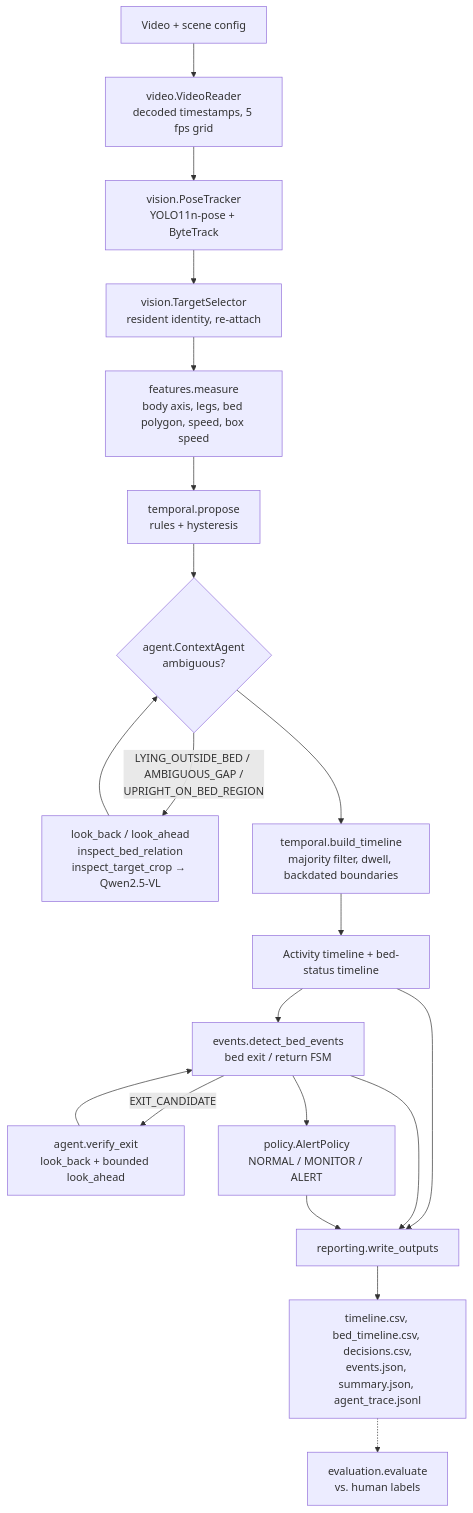
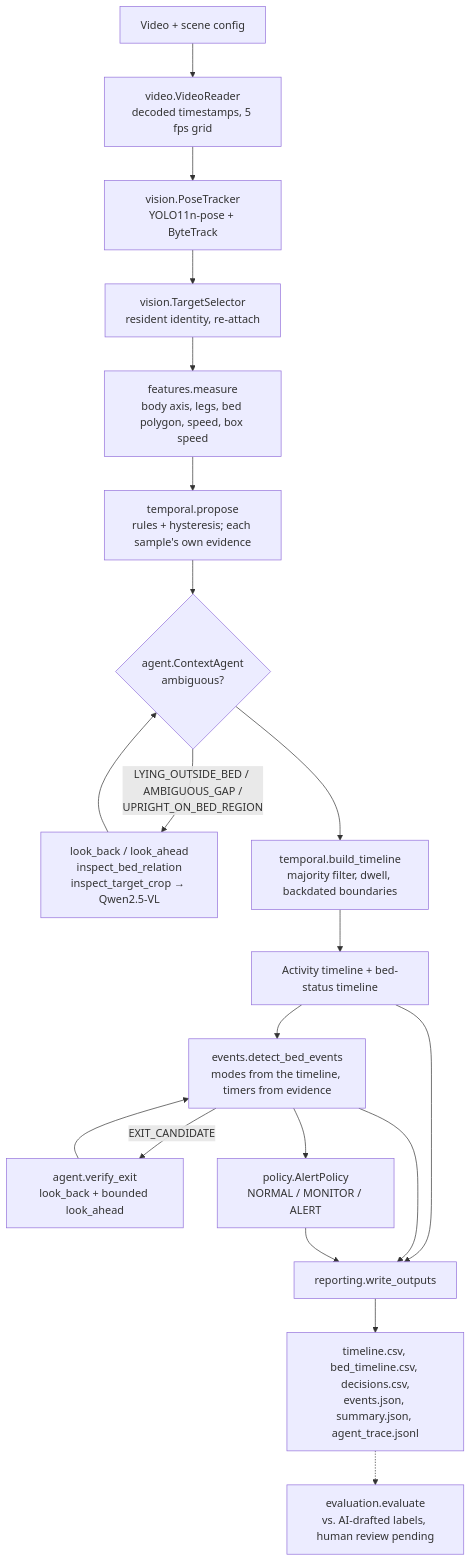
One commit to Kaveen1212/elder-monitor changed the diagram in docs/architecture.md. Above: the diagram before and after it, drawn with Mermaid. The commit also changed other lines of this file and 175 other files, not shown here.

````diff
--- a/docs/architecture.md
+++ b/docs/architecture.md
@@ -3,22 +8,22 @@
 ```mermaid
 flowchart TD
     V[Video + scene config] --> R[video.VideoReader<br/>decoded timestamps, 5 fps grid]
     R --> P[vision.PoseTracker<br/>YOLO11n-pose + ByteTrack]
     P --> S[vision.TargetSelector<br/>resident identity, re-attach]
     S --> F[features.measure<br/>body axis, legs, bed polygon, speed, box speed]
-    F --> Q[temporal.propose<br/>rules + hysteresis]
+    F --> Q[temporal.propose<br/>rules + hysteresis; each sample's own evidence]
     Q --> A{agent.ContextAgent<br/>ambiguous?}
     A -- LYING_OUTSIDE_BED / AMBIGUOUS_GAP /<br/>UPRIGHT_ON_BED_REGION --> T1[look_back / look_ahead<br/>inspect_bed_relation<br/>inspect_target_crop → Qwen2.5-VL]
     T1 --> A
     A --> E[temporal.build_timeline<br/>majority filter, dwell, backdated boundaries]
     E --> L[Activity timeline + bed-status timeline]
-    L --> B[events.detect_bed_events<br/>bed exit / return FSM]
+    L --> B[events.detect_bed_events<br/>modes from the timeline, timers from evidence]
     B -- EXIT_CANDIDATE --> A2[agent.verify_exit<br/>look_back + bounded look_ahead]
     A2 --> B
     B --> K[policy.AlertPolicy<br/>NORMAL / MONITOR / ALERT]
     L --> W[reporting.write_outputs]
     B --> W
     K --> W
     W --> O[timeline.csv, bed_timeline.csv, decisions.csv,<br/>events.json, summary.json, agent_trace.jsonl]
-    O -.-> X[evaluation.evaluate<br/>vs. human labels]
+    O -.-> X[evaluation.evaluate<br/>vs. AI-drafted labels, human review pending]
 ```
````
